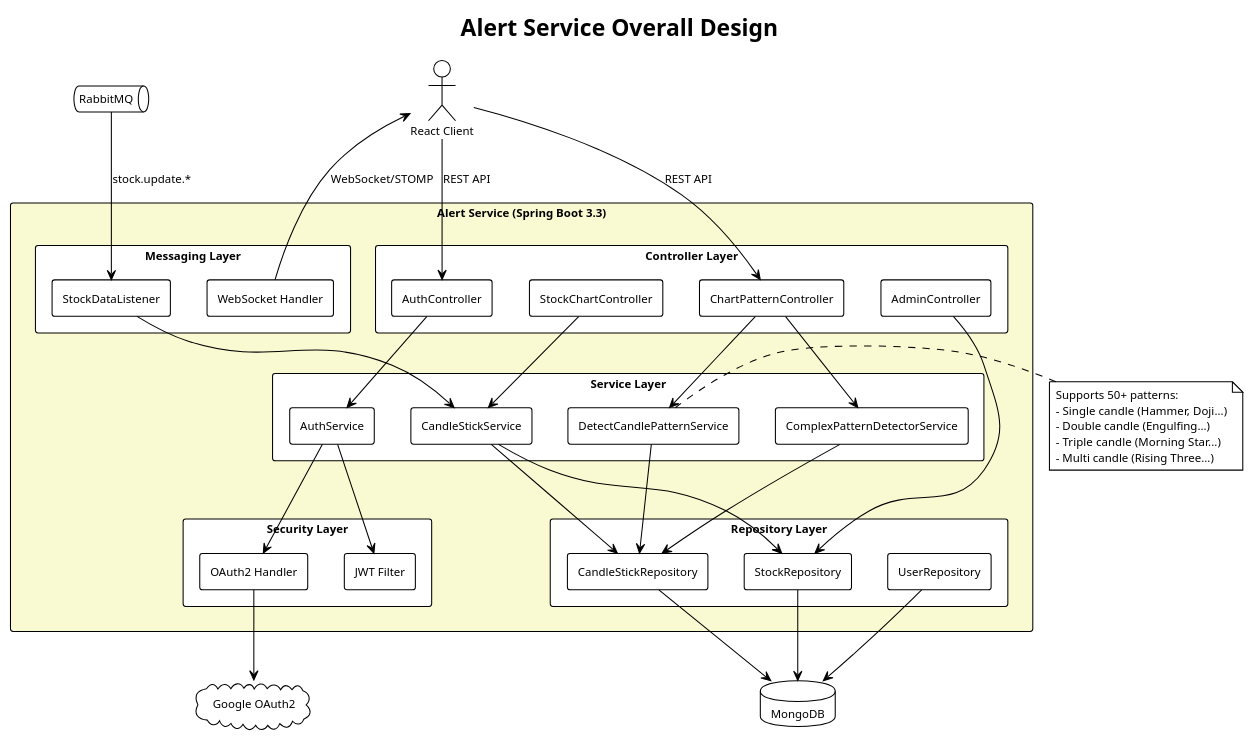
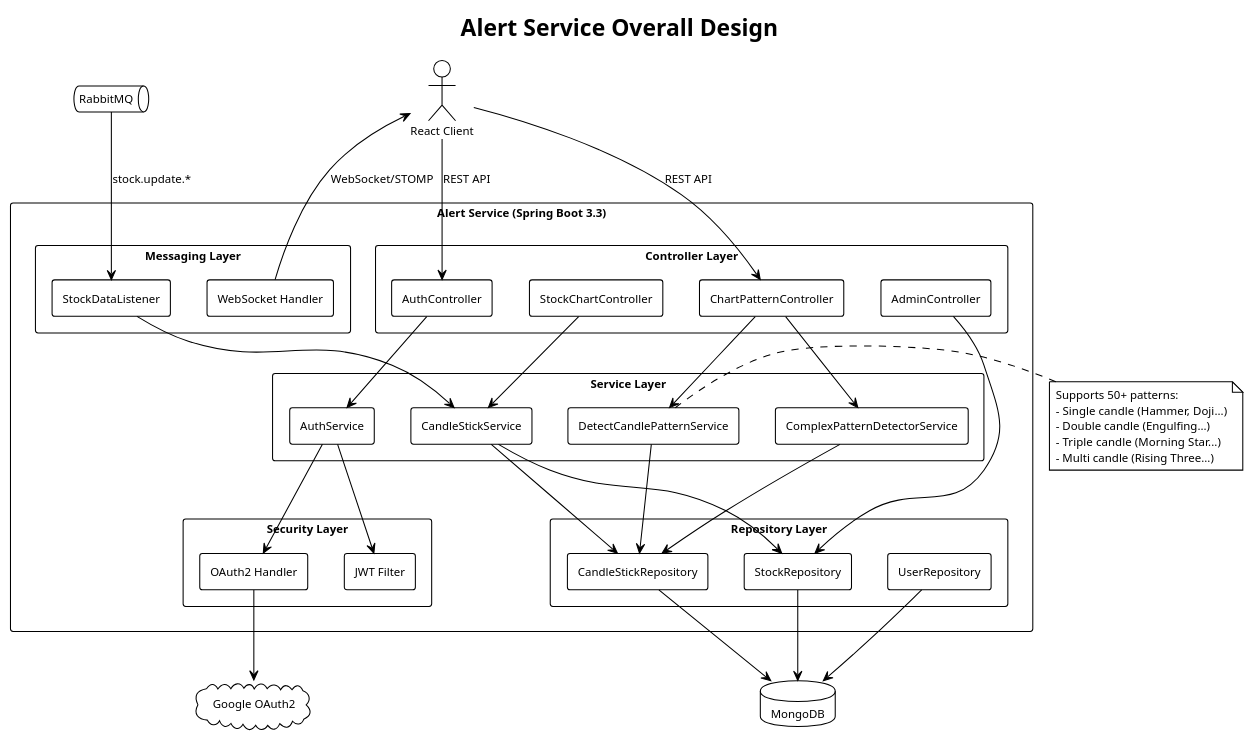
One commit to enel2906/graduation-thesis-diagram changed the diagram in chapter4/alert-service-overall.puml. Above: the diagram before and after it, drawn with PlantUML. The commit also changed 3 other files, not shown here.

Commit message:
update diagram chapter4

```diff
--- a/chapter4/alert-service-overall.puml
+++ b/chapter4/alert-service-overall.puml
@@ -1,84 +1,98 @@
 @startuml alert-service-overall
 
 !theme plain
 skinparam backgroundColor #FFFFFF
 skinparam componentStyle rectangle
 skinparam defaultFontName Arial
 skinparam defaultFontSize 11
+skinparam RectangleBackgroundColor #FFFFFF
+skinparam RectangleBorderColor #000000
+skinparam ComponentBackgroundColor #FFFFFF
+skinparam ComponentBorderColor #000000
+skinparam NoteBackgroundColor #FFFFFF
+skinparam NoteBorderColor #000000
+skinparam CloudBackgroundColor #FFFFFF
+skinparam CloudBorderColor #000000
+skinparam DatabaseBackgroundColor #FFFFFF
+skinparam DatabaseBorderColor #000000
+skinparam QueueBackgroundColor #FFFFFF
+skinparam QueueBorderColor #000000
+skinparam ActorBackgroundColor #FFFFFF
+skinparam ActorBorderColor #000000
 
 title Alert Service Overall Design
 
-rectangle "Alert Service (Spring Boot 3.3)" #LightGoldenRodYellow {
+rectangle "Alert Service (Spring Boot 3.3)" #FFFFFF {
     
     rectangle "Controller Layer" {
         [AuthController] as authCtrl
         [ChartPatternController] as patternCtrl
         [StockChartController] as chartCtrl
         [AdminController] as adminCtrl
     }
     
     rectangle "Service Layer" {
         [AuthService] as authSvc
         [DetectCandlePatternService] as detectSvc
         [ComplexPatternDetectorService] as complexSvc
         [CandleStickService] as candleSvc
     }
     
     rectangle "Messaging Layer" {
         [StockDataListener] as listener
         [WebSocket Handler] as wsHandler
     }
     
     rectangle "Security Layer" {
         [JWT Filter] as jwtFilter
         [OAuth2 Handler] as oauth2
     }
     
     rectangle "Repository Layer" {
         [CandleStickRepository] as candleRepo
         [UserRepository] as userRepo
         [StockRepository] as stockRepo
     }
 }
 
 queue "RabbitMQ" as rabbitmq
 database "MongoDB" as mongodb
 actor "React Client" as client
 cloud "Google OAuth2" as google
 
 ' Connections
 rabbitmq --> listener : "stock.update.*"
 listener --> candleSvc
 
 authCtrl --> authSvc
 patternCtrl --> detectSvc
 patternCtrl --> complexSvc
 chartCtrl --> candleSvc
 adminCtrl --> stockRepo
 
 authSvc --> jwtFilter
 authSvc --> oauth2
 oauth2 --> google
 
 detectSvc --> candleRepo
 complexSvc --> candleRepo
 candleSvc --> candleRepo
 candleSvc --> stockRepo
 
 candleRepo --> mongodb
 userRepo --> mongodb
 stockRepo --> mongodb
 
 client --> authCtrl : "REST API"
 client --> patternCtrl : "REST API"
 wsHandler --> client : "WebSocket/STOMP"
 
 note right of detectSvc
     Supports 50+ patterns:
     - Single candle (Hammer, Doji...)
     - Double candle (Engulfing...)
     - Triple candle (Morning Star...)
     - Multi candle (Rising Three...)
 end note
 
 @enduml
```
